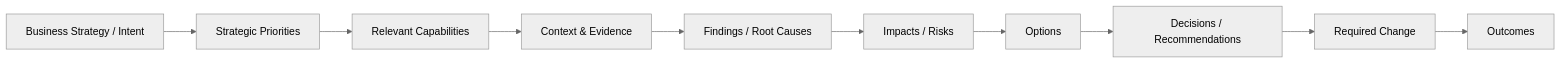
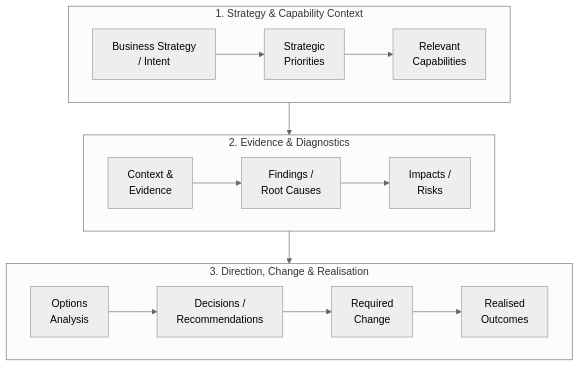
One commit to avfranco-br/portfolio changed the third of 3 diagrams in docs/sop/01-discover-align.md. Above: the diagram before and after it, drawn with Mermaid (neutral theme). The commit also changed other lines of this file and 10 other files, not shown here.

Commit message:
Refactor Mermaid diagrams across SOP and methods documentation for legibility

````diff
--- a/docs/sop/01-discover-align.md
+++ b/docs/sop/01-discover-align.md
@@ -557,12 +565,24 @@
 ```mermaid
-flowchart LR
-  A["Business Strategy / Intent"] --> B["Strategic Priorities"]
-  B --> C["Relevant Capabilities"]
-  C --> D["Context & Evidence"]
-  D --> E["Findings / Root Causes"]
-  E --> F["Impacts / Risks"]
-  F --> G["Options"]
-  G --> H["Decisions / Recommendations"]
-  H --> I["Required Change"]
-  I --> J["Outcomes"]
+flowchart TD
+    subgraph T1["1. Strategy & Capability Context"]
+        direction LR
+        A["Business Strategy<br/>/ Intent"] --> B["Strategic<br/>Priorities"]
+        B --> C["Relevant<br/>Capabilities"]
+    end
+
+    subgraph T2["2. Evidence & Diagnostics"]
+        direction LR
+        D["Context &<br/>Evidence"] --> E["Findings /<br/>Root Causes"]
+        E --> F["Impacts /<br/>Risks"]
+    end
+
+    subgraph T3["3. Direction, Change & Realisation"]
+        direction LR
+        G["Options<br/>Analysis"] --> H["Decisions /<br/>Recommendations"]
+        H --> I["Required<br/>Change"]
+        I --> J["Realised<br/>Outcomes"]
+    end
+
+    C --> D
+    F --> G
 ```
````
